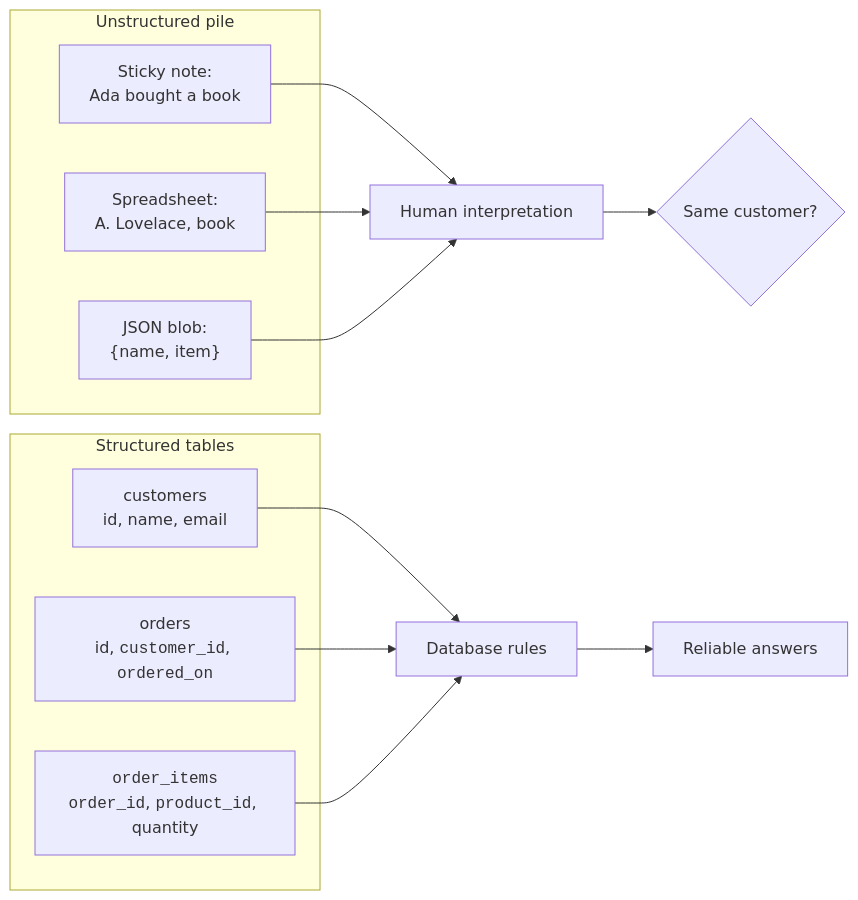
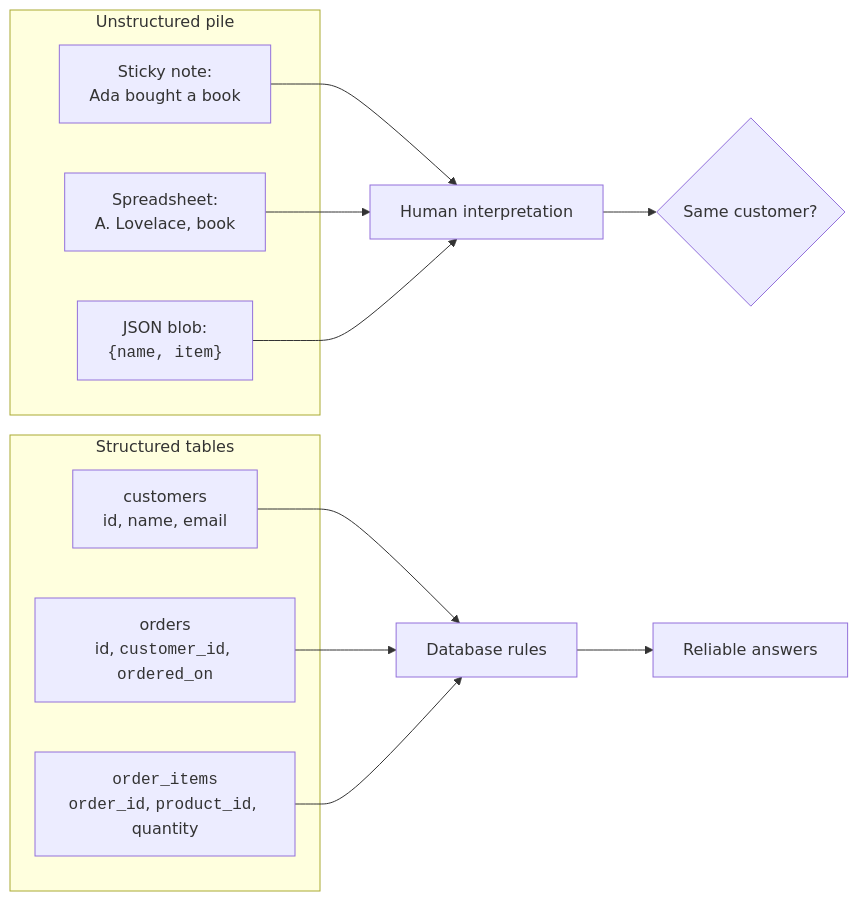
Before and after one commit to dataslope/dataslope: the first of 3 diagrams in content/learn/database-design-postgresql/why-structured-data.mdx, drawn with Mermaid. The commit also changed 100 other files, not shown here.

First line of the commit message:
Wrap more code in diagram labels: filenames, hex, assignments, subgraph titles

````diff
--- a/content/learn/database-design-postgresql/why-structured-data.mdx
+++ b/content/learn/database-design-postgresql/why-structured-data.mdx
@@ -31,24 +31,24 @@
 ```mermaid
 flowchart LR
     subgraph messy["Unstructured pile"]
         A["Sticky note:<br/>Ada bought a book"]
         B["Spreadsheet:<br/>A. Lovelace, book"]
-        C["JSON blob:<br/>{name, item}"]
+        C["JSON blob:<br/><code>{name, item}</code>"]
     end
 
     subgraph clean["Structured tables"]
         D["customers<br/>id, name, email"]
         E["orders<br/>id, <code>customer_id</code>, <code>ordered_on</code>"]
         F["<code>order_items</code><br/><code>order_id</code>, <code>product_id</code>, quantity"]
     end
 
     A --> G["Human interpretation"]
     B --> G
     C --> G
     G --> H{"Same customer?"}
 
     D --> I["Database rules"]
     E --> I
     F --> I
     I --> J["Reliable answers"]
 ```
````
